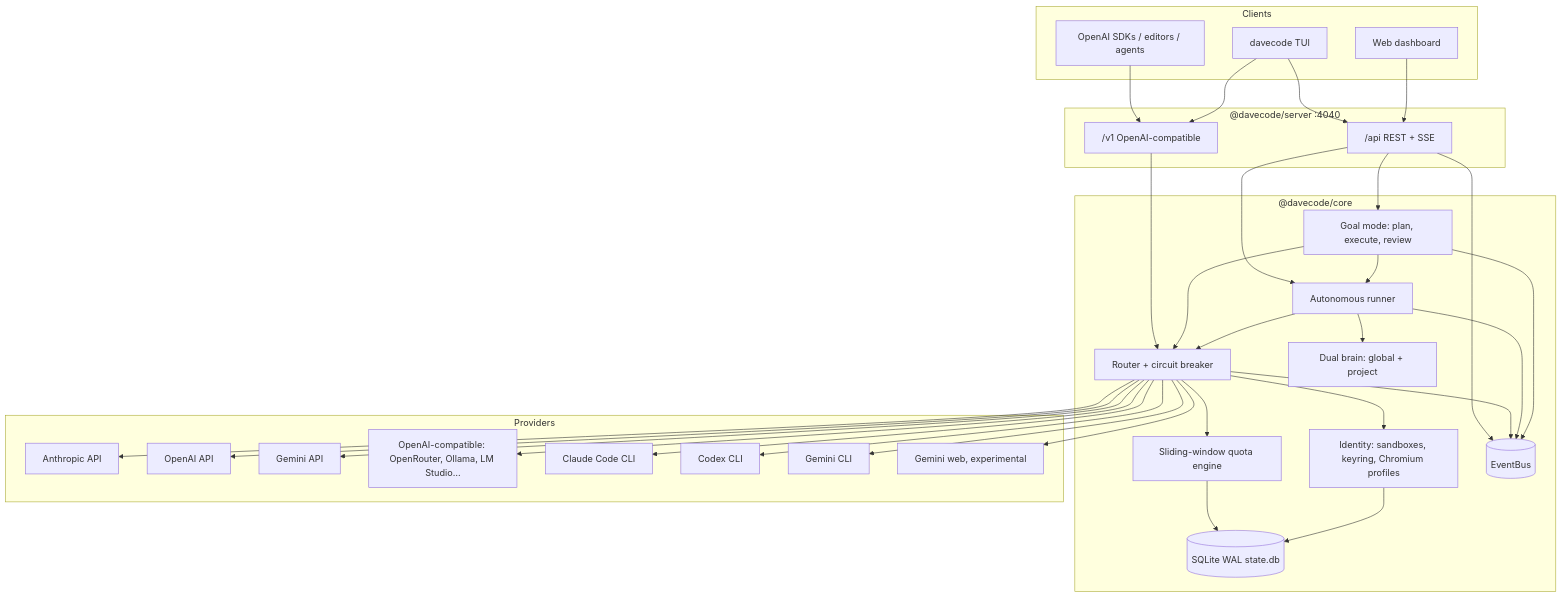
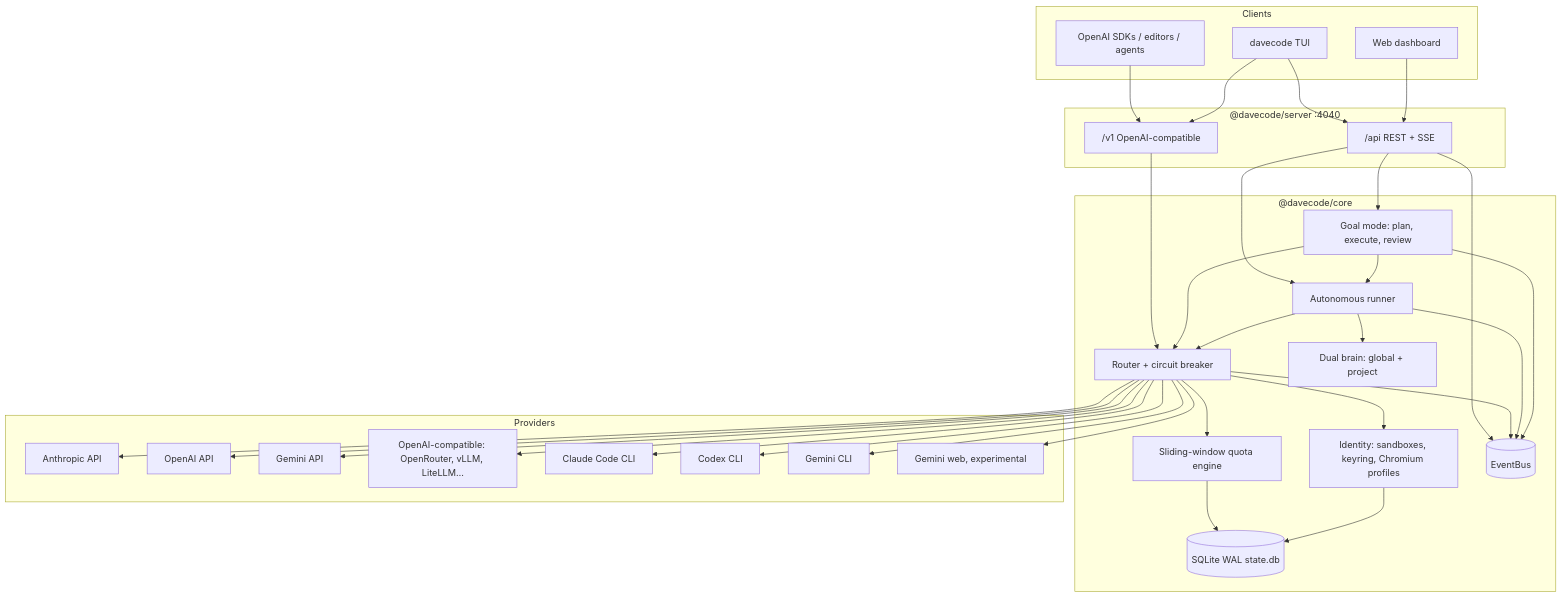
Before and after one commit to DMRLZZ/DaveCode: the first of 2 diagrams in docs/ARCHITECTURE.md, drawn with Mermaid. The commit also changed 6 other files, not shown here.

````diff
--- a/docs/ARCHITECTURE.md
+++ b/docs/ARCHITECTURE.md
@@ -15,56 +15,56 @@
 ```mermaid
 flowchart TB
   subgraph Clients
     SDK[OpenAI SDKs / editors / agents]
     TUI[davecode TUI]
     WEB[Web dashboard]
   end
 
   subgraph Gateway["@davecode/server :4040"]
     V1["/v1 OpenAI-compatible"]
     API["/api REST + SSE"]
   end
 
   subgraph Core["@davecode/core"]
     ROUTER[Router + circuit breaker]
     QUOTA[Sliding-window quota engine]
     ID[Identity: sandboxes, keyring, Chromium profiles]
     BRAIN[Dual brain: global + project]
     RUNNER[Autonomous runner]
     GOAL[Goal mode: plan, execute, review]
     BUS[(EventBus)]
     DB[(SQLite WAL state.db)]
   end
 
   subgraph Providers
     ANT[Anthropic API]
     OAI[OpenAI API]
     GEM[Gemini API]
-    OC[OpenAI-compatible: OpenRouter, Ollama, LM Studio…]
+    OC[OpenAI-compatible: OpenRouter, vLLM, LiteLLM…]
     CC[Claude Code CLI]
     CX[Codex CLI]
     GC[Gemini CLI]
     GW[Gemini web, experimental]
   end
 
   SDK --> V1
   TUI --> V1
   TUI --> API
   WEB --> API
   V1 --> ROUTER
   API --> RUNNER
   API --> GOAL
   API --> BUS
   GOAL --> RUNNER
   GOAL --> ROUTER
   RUNNER --> BRAIN
   RUNNER --> ROUTER
   ROUTER --> QUOTA
   ROUTER --> ID
   QUOTA --> DB
   ID --> DB
   ROUTER --> ANT & OAI & GEM & OC & CC & CX & GC & GW
   ROUTER --> BUS
   RUNNER --> BUS
   GOAL --> BUS
 ```
````
